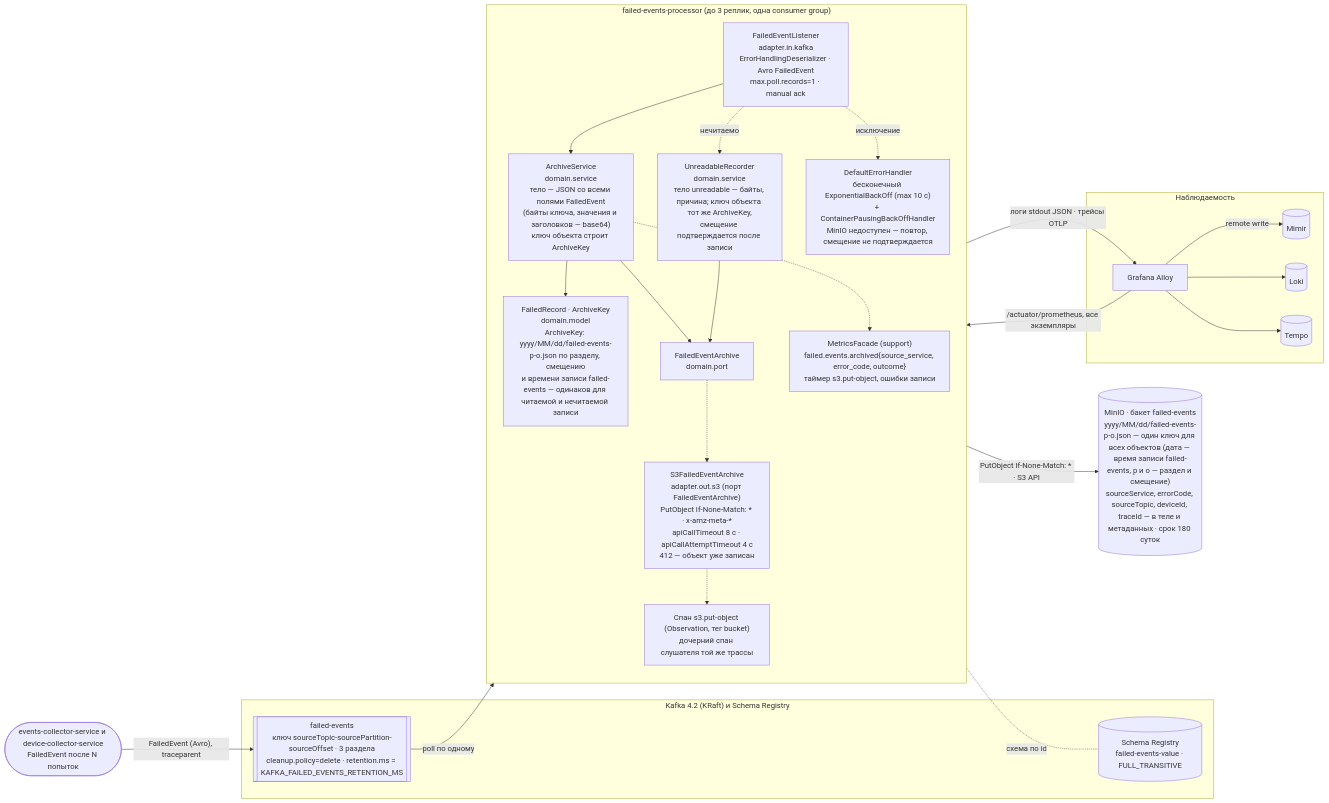
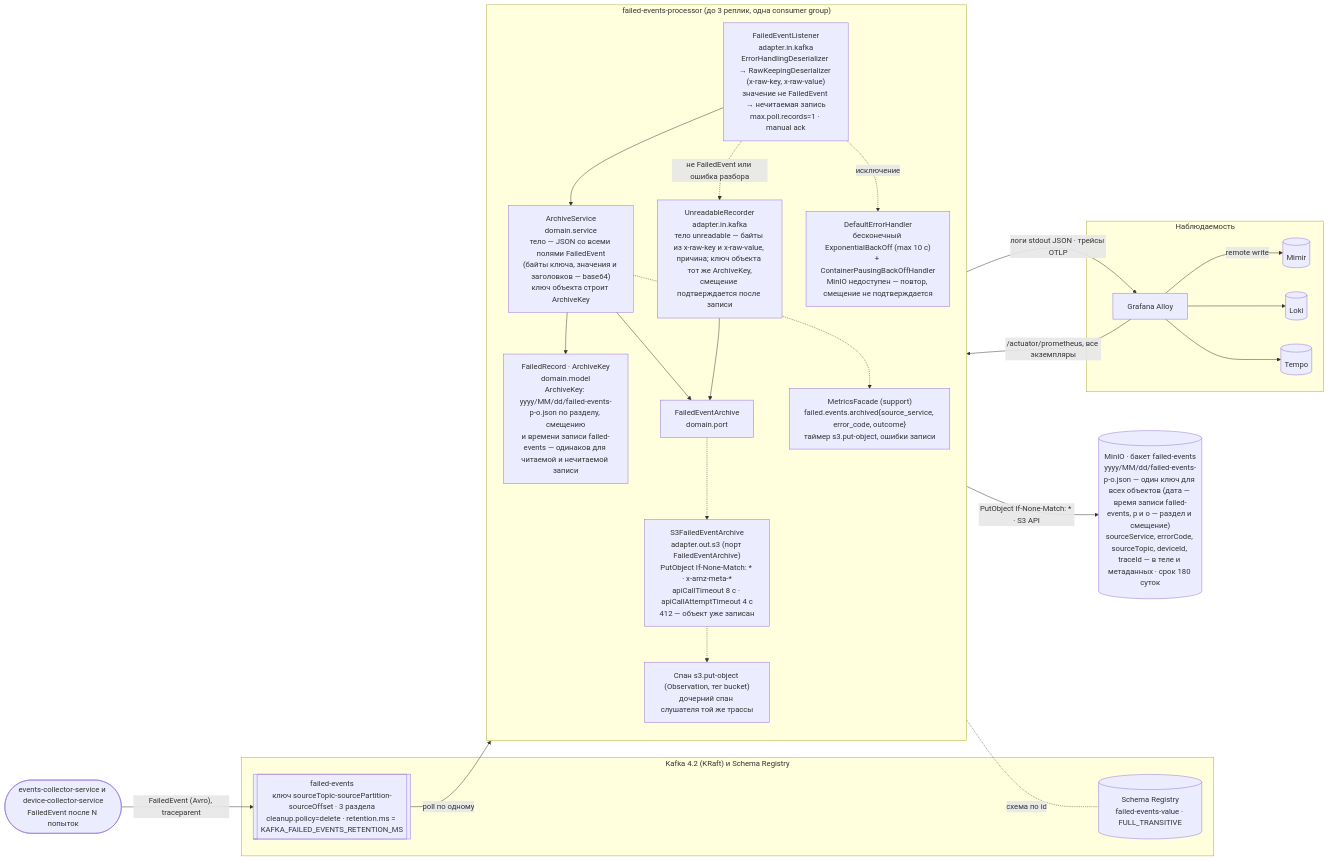
One commit to gluhov-d/iot-platform changed the diagram in diagrams/component-failed-events-processor.mmd. Above: the diagram before and after it, drawn with Mermaid. The commit also changed 11 other files, not shown here.

First line of the commit message:
failed-events-processor: исходные байты записи до разбора и строгий UTF-8 ключа

```diff
--- a/diagrams/component-failed-events-processor.mmd
+++ b/diagrams/component-failed-events-processor.mmd
@@ -1,50 +1,50 @@
 %% Компоненты failed-events-processor и его окружение (архив ошибок в MinIO)
 flowchart LR
     ecs(["events-collector-service и device-collector-service<br/>FailedEvent после N попыток"])
 
     subgraph kafka["Kafka 4.2 (KRaft) и Schema Registry"]
         failed[["failed-events<br/>ключ sourceTopic-sourcePartition-sourceOffset · 3 раздела<br/>cleanup.policy=delete · retention.ms = KAFKA_FAILED_EVENTS_RETENTION_MS"]]
         sr[("Schema Registry<br/>failed-events-value · FULL_TRANSITIVE")]
     end
 
     subgraph svc["failed-events-processor (до 3 реплик, одна consumer group)"]
         direction TB
-        listener["FailedEventListener<br/>adapter.in.kafka<br/>ErrorHandlingDeserializer · Avro FailedEvent<br/>max.poll.records=1 · manual ack"]
+        listener["FailedEventListener<br/>adapter.in.kafka<br/>ErrorHandlingDeserializer → RawKeepingDeserializer (x-raw-key, x-raw-value)<br/>значение не FailedEvent → нечитаемая запись<br/>max.poll.records=1 · manual ack"]
         service["ArchiveService<br/>domain.service<br/>тело — JSON со всеми полями FailedEvent<br/>(байты ключа, значения и заголовков — base64)<br/>ключ объекта строит ArchiveKey"]
         model["FailedRecord · ArchiveKey<br/>domain.model<br/>ArchiveKey: yyyy/MM/dd/failed-events-p-o.json по разделу, смещению<br/>и времени записи failed-events — одинаков для читаемой и нечитаемой записи"]
         port["FailedEventArchive<br/>domain.port"]
         s3["S3FailedEventArchive<br/>adapter.out.s3 (порт FailedEventArchive)<br/>PutObject If-None-Match: * · x-amz-meta-*<br/>apiCallTimeout 8 с · apiCallAttemptTimeout 4 с<br/>412 — объект уже записан"]
-        unreadable["UnreadableRecorder<br/>domain.service<br/>тело unreadable — байты, причина; ключ объекта тот же ArchiveKey,<br/>смещение подтверждается после записи"]
+        unreadable["UnreadableRecorder<br/>adapter.in.kafka<br/>тело unreadable — байты из x-raw-key и x-raw-value, причина; ключ объекта тот же ArchiveKey,<br/>смещение подтверждается после записи"]
         errors["DefaultErrorHandler<br/>бесконечный ExponentialBackOff (max 10 с)<br/>+ ContainerPausingBackOffHandler<br/>MinIO недоступен — повтор, смещение не подтверждается"]
         metrics["MetricsFacade (support)<br/>failed.events.archived{source_service, error_code, outcome}<br/>таймер s3.put-object, ошибки записи"]
         tracing["Спан s3.put-object (Observation, тег bucket)<br/>дочерний спан слушателя той же трассы"]
 
         listener --> service
         service --> model
         service --> port
         port -.-> s3
         unreadable --> port
-        listener -. "нечитаемо" .-> unreadable
+        listener -. "не FailedEvent или ошибка разбора" .-> unreadable
         listener -. "исключение" .-> errors
         service -.-> metrics
         s3 -.-> tracing
     end
 
     minio[("MinIO · бакет failed-events<br/>yyyy/MM/dd/failed-events-p-o.json — один ключ для всех объектов (дата — время записи failed-events, p и o — раздел и смещение)<br/>sourceService, errorCode, sourceTopic, deviceId, traceId — в теле и метаданных · срок 180 суток")]
 
     subgraph obs["Наблюдаемость"]
         alloy["Grafana Alloy"]
         mimir[("Mimir")]
         loki[("Loki")]
         tempo[("Tempo")]
     end
 
     ecs -- "FailedEvent (Avro), traceparent" --> failed
     failed -- "poll по одному" --> listener
     listener -. "схема по id" .- sr
     s3 -- "PutObject If-None-Match: * · S3 API" --> minio
     svc -- "логи stdout JSON · трейсы OTLP" --> alloy
     alloy -- "/actuator/prometheus, все экземпляры" --> svc
     alloy -- "remote write" --> mimir
     alloy --> loki
     alloy --> tempo
```
